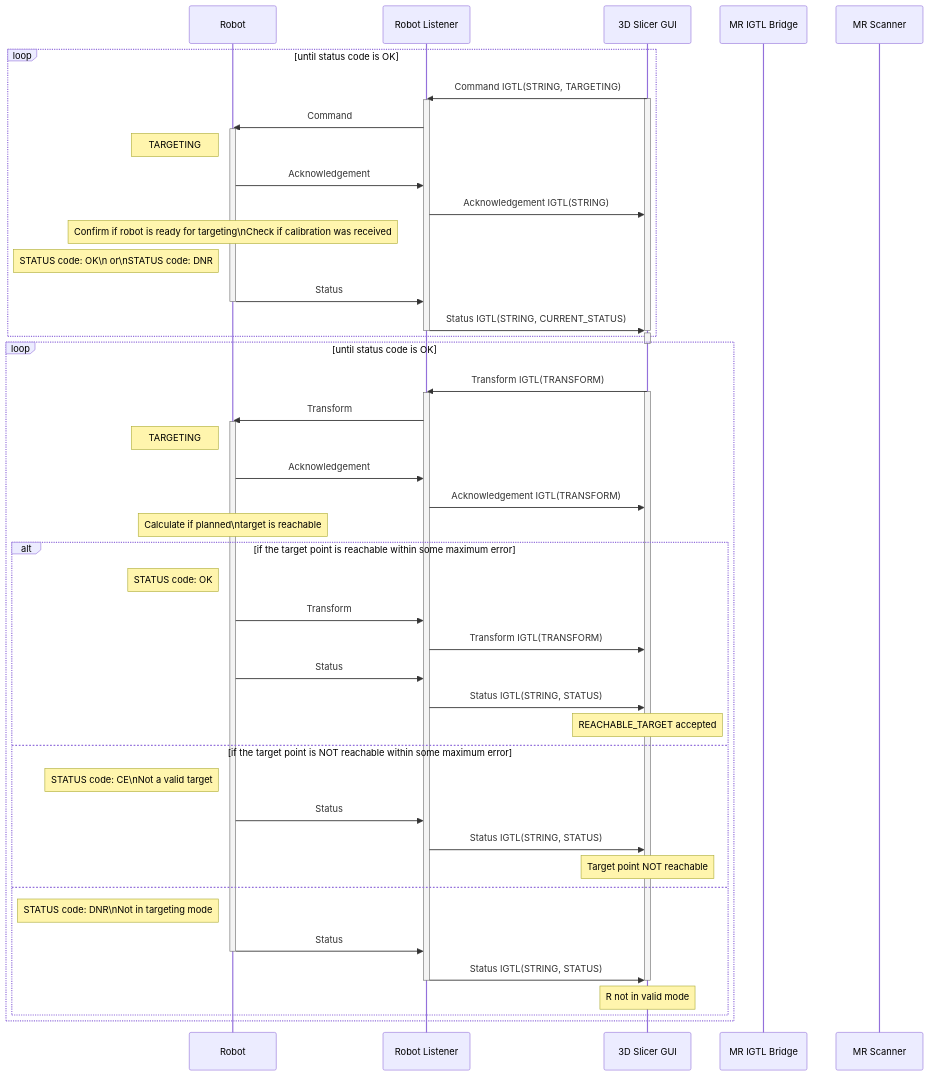
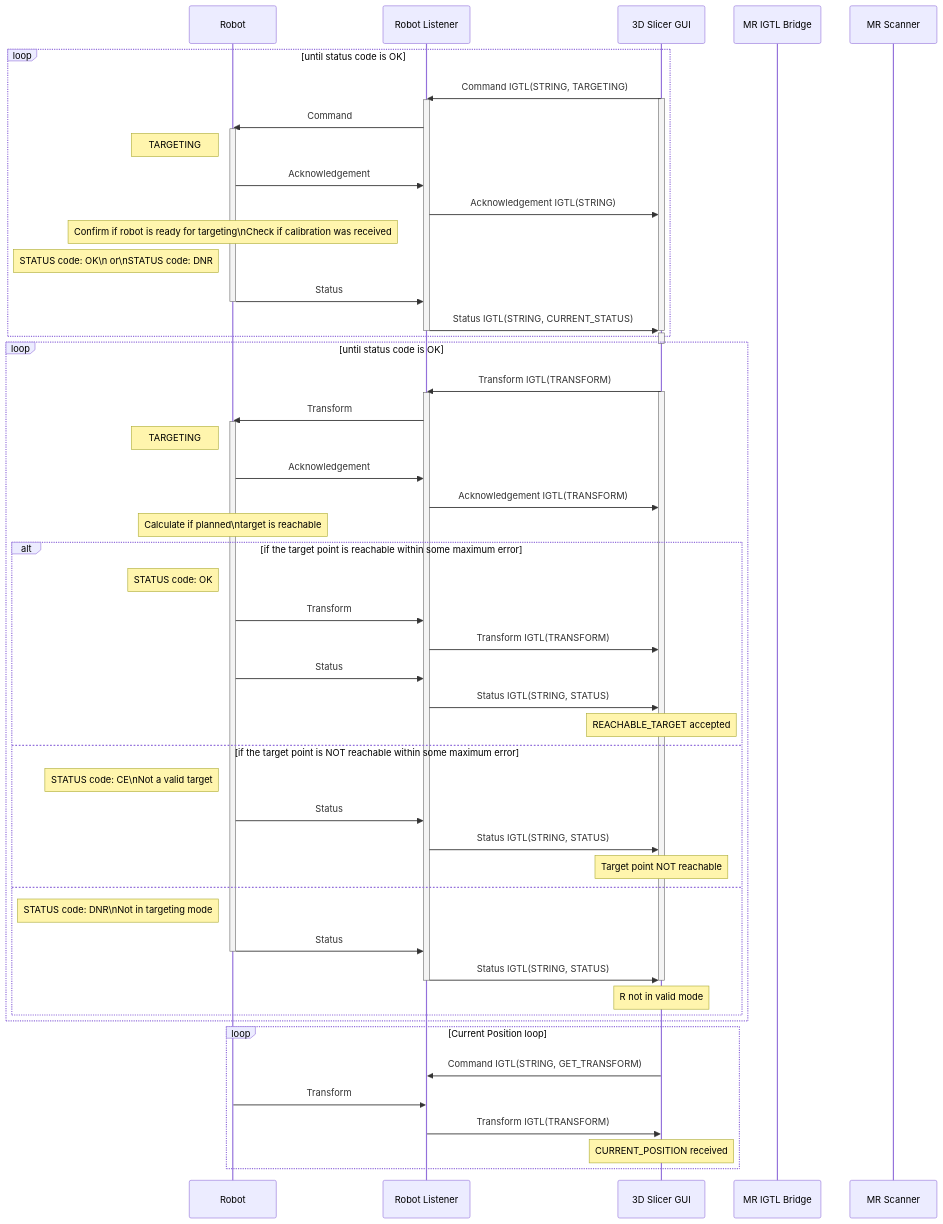
One commit to ProstateBRP/BRPRobot2021 changed the fourth of 6 diagrams in README.md. Above: the diagram before and after it, drawn with Mermaid. The commit also changed other lines of this file, not shown here.

````diff
--- a/README.md
+++ b/README.md
@@ -151,67 +171,74 @@
 ```mermaid
 sequenceDiagram
 
 participant R as Robot
 participant RL as Robot Listener
 participant SGUI as 3D Slicer GUI
 participant MRIGTL  as MR IGTL Bridge
 participant MRS as MR Scanner
 
 loop until status code is OK
 SGUI->>RL:Command IGTL(STRING, TARGETING)
 activate SGUI
 activate RL
 RL->>R:Command
 activate R
 note left of R:TARGETING
 R->>RL:Acknowledgement
 RL->>SGUI:Acknowledgement IGTL(STRING)
 note over R:Confirm if robot is ready for targeting\nCheck if calibration was received
 note left of R:STATUS code: OK\n              or\nSTATUS code: DNR
 R->>RL:Status
 deactivate R
 RL->>SGUI:Status IGTL(STRING, CURRENT_STATUS)
 deactivate SGUI
 deactivate RL
 end
 
 activate SGUI
 deactivate SGUI
 loop until status code is OK
 SGUI->>RL:Transform IGTL(TRANSFORM)
 activate SGUI
 activate RL
 RL->>R:Transform
 activate R
 note left of R:TARGETING
 
 R->>RL:Acknowledgement
 RL->>SGUI:Acknowledgement IGTL(TRANSFORM)
 
 note over R:Calculate if planned\ntarget is reachable
 alt if the target point is reachable within some maximum error
 note left of R:STATUS code: OK
 R->>RL:Transform
 RL->>SGUI:Transform IGTL(TRANSFORM)
 R->>RL:Status
 RL->>SGUI:Status IGTL(STRING, STATUS)
 note over SGUI:REACHABLE_TARGET accepted
 
 else if the target point is NOT reachable within some maximum error
 note left of R:STATUS code: CE\nNot a valid target
 R->>RL:Status
 RL->>SGUI:Status IGTL(STRING, STATUS)
 note over SGUI:Target point NOT reachable
 
 else
 note left of R:STATUS code: DNR\nNot in targeting mode
 R->>RL:Status
 deactivate R
 RL->>SGUI:Status IGTL(STRING, STATUS)
 
 deactivate SGUI
 deactivate RL
 note over SGUI:R not in valid mode
 end
 end
+
+loop Current Position loop
+SGUI->>RL:Command IGTL(STRING, GET_TRANSFORM)
+R->>RL:Transform
+RL->>SGUI:Transform IGTL(TRANSFORM)
+note over SGUI:CURRENT_POSITION received
+end
 ```
````
